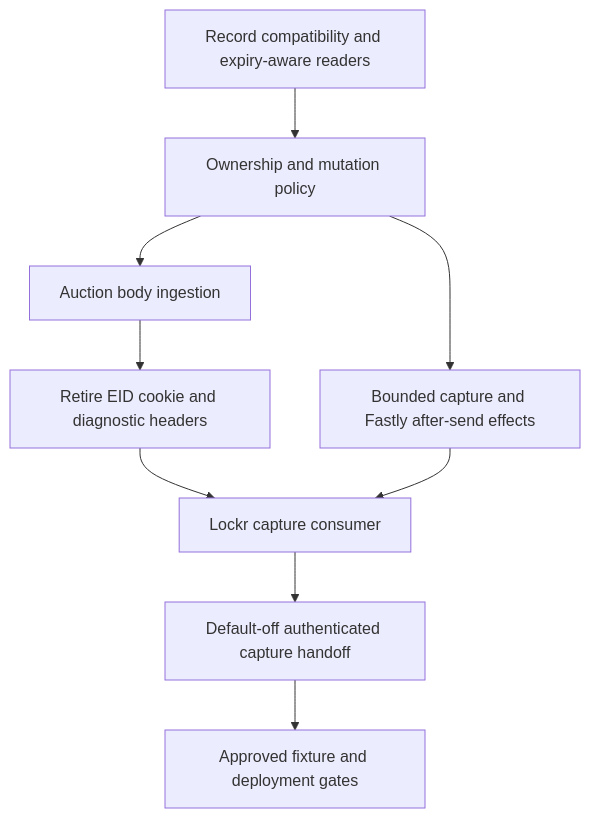
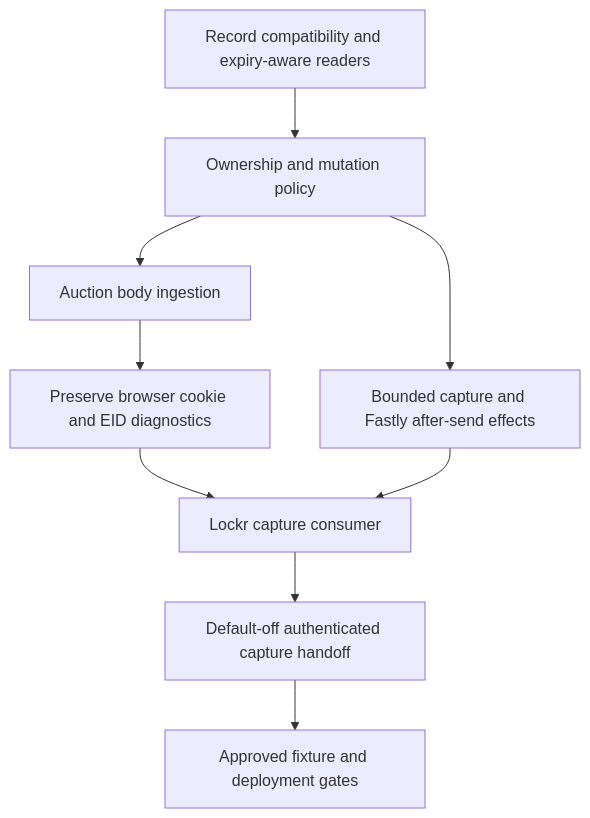
Before and after one commit to IABTechLab/trusted-server: the diagram in docs/superpowers/plans/2026-10-09-server-side-identity-foundation-and-lockr.md, drawn with Mermaid. The commit also changed other lines of this file and 27 other files, not shown here.

````diff
--- a/docs/superpowers/plans/2026-10-09-server-side-identity-foundation-and-lockr.md
+++ b/docs/superpowers/plans/2026-10-09-server-side-identity-foundation-and-lockr.md
@@ -9,11 +9,11 @@
 ```mermaid
 flowchart TD
     A[Record compatibility and expiry-aware readers] --> B[Ownership and mutation policy]
     B --> C[Auction body ingestion]
-    C --> D[Retire EID cookie and diagnostic headers]
+    C --> D[Preserve browser cookie and EID diagnostics]
     B --> E[Bounded capture and Fastly after-send effects]
     D --> F[Lockr capture consumer]
     E --> F
     F --> H[Default-off authenticated capture handoff]
     H --> G[Approved fixture and deployment gates]
 ```
````
